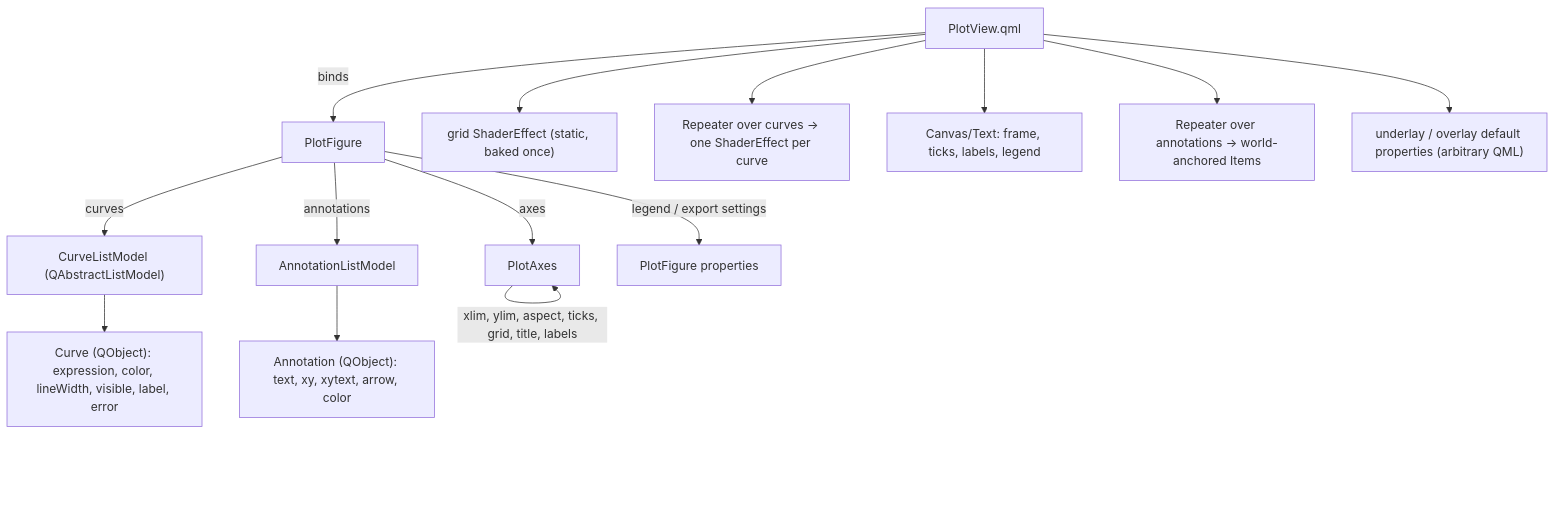
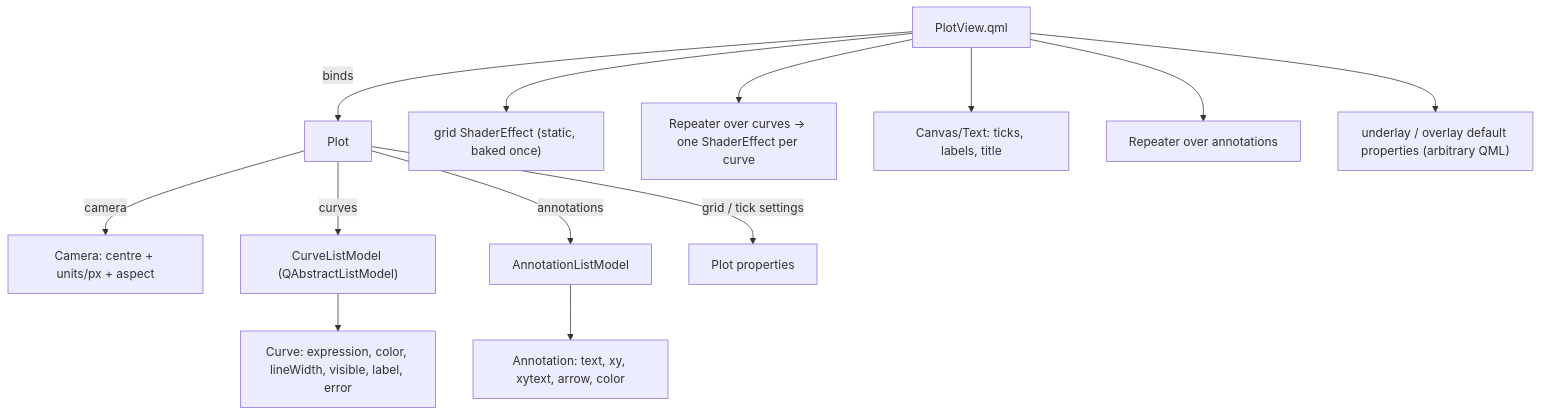
Before and after one commit to I-AM-A-NOOB/QMLMathPlot: the diagram in docs/api-design.md, drawn with Mermaid. The commit also changed other lines of this file and 1 other file, not shown here.

````diff
--- a/docs/api-design.md
+++ b/docs/api-design.md
@@ -29,16 +25,15 @@
 ```mermaid
 graph TD
-    F[PlotFigure] -->|axes| A[PlotAxes]
-    F -->|curves| C["CurveListModel (QAbstractListModel)"]
-    F -->|annotations| N["AnnotationListModel"]
-    F -->|legend / export settings| S[PlotFigure properties]
-    A -->|xlim, ylim, aspect, ticks, grid, title, labels| A
-    C --> C1["Curve (QObject): expression, color, lineWidth, visible, label, error"]
-    N --> N1["Annotation (QObject): text, xy, xytext, arrow, color"]
-    V["PlotView.qml"] -->|binds| F
-    V --> V1["grid ShaderEffect (static, baked once)"]
-    V --> V2["Repeater over curves -> one ShaderEffect per curve"]
-    V --> V3["Canvas/Text: frame, ticks, labels, legend"]
-    V --> V4["Repeater over annotations -> world-anchored Items"]
-    V --> V5["underlay / overlay default properties (arbitrary QML)"]
+    P[Plot] -->|camera| C["Camera: centre + units/px + aspect"]
+    P -->|curves| L["CurveListModel (QAbstractListModel)"]
+    P -->|annotations| N["AnnotationListModel"]
+    P -->|grid / tick settings| G[Plot properties]
+    L --> L1["Curve: expression, color, lineWidth, visible, label, error"]
+    N --> N1["Annotation: text, xy, xytext, arrow, color"]
+    Q["PlotView.qml"] -->|binds| P
+    Q --> Q1["grid ShaderEffect (static, baked once)"]
+    Q --> Q2["Repeater over curves -> one ShaderEffect per curve"]
+    Q --> Q3["Canvas/Text: ticks, labels, title"]
+    Q --> Q4["Repeater over annotations"]
+    Q --> Q5["underlay / overlay default properties (arbitrary QML)"]
 ```
````
